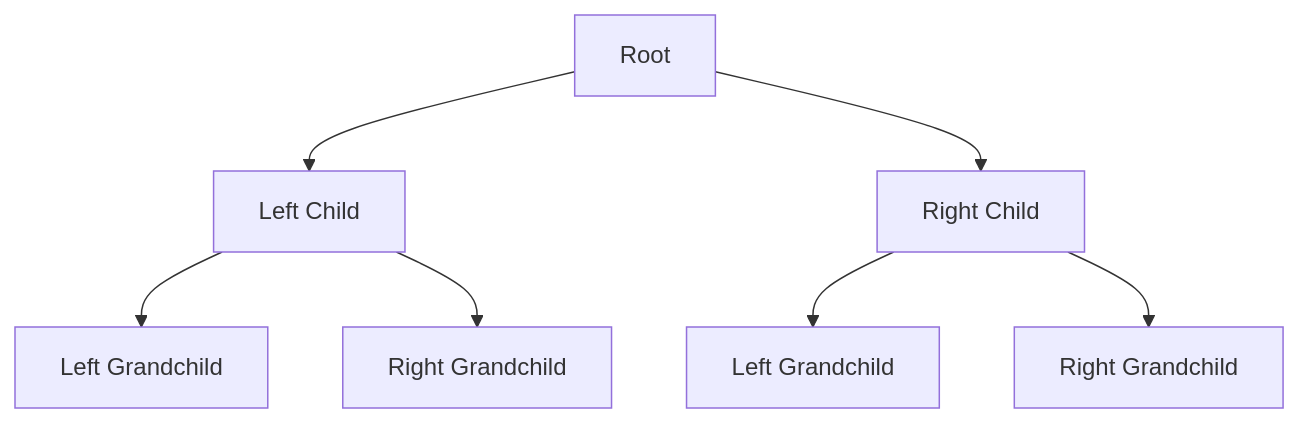
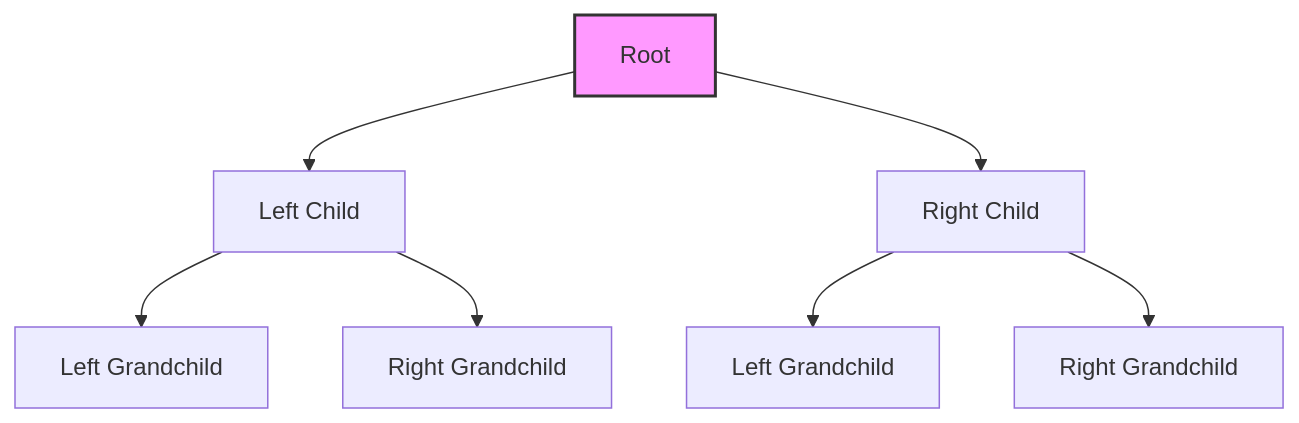
The first of 7 diagrams in src/modules/algorithm/seed/algorithms/binary-tree-compare/lessons/002_understanding_binary_trees.md (ClaudiuBogdan/musclecode-backend-main-service), drawn with Mermaid before and after one commit. The commit also changed other lines of this file and 90 other files, not shown here.

````diff
--- a/src/modules/algorithm/seed/algorithms/binary-tree-compare/lessons/002_understanding_binary_trees.md
+++ b/src/modules/algorithm/seed/algorithms/binary-tree-compare/lessons/002_understanding_binary_trees.md
@@ -13,9 +13,11 @@
 ```mermaid
 graph TD;
     A[Root] --> B[Left Child]
     A --> C[Right Child]
     B --> D[Left Grandchild]
     B --> E[Right Grandchild]
     C --> F[Left Grandchild]
     C --> G[Right Grandchild]
+    
+    style A fill:#f9f,stroke:#333,stroke-width:2px
 ```
````
